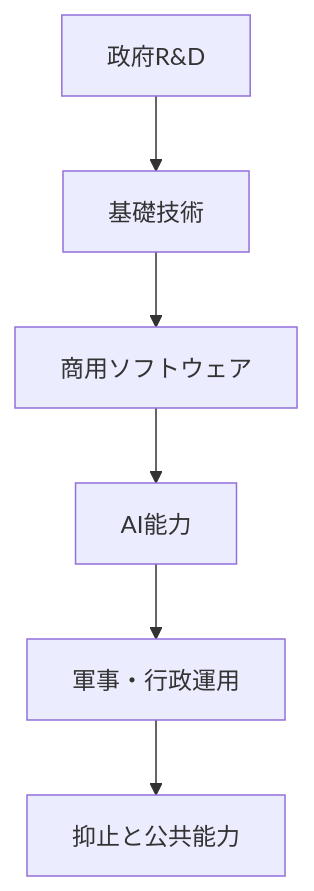
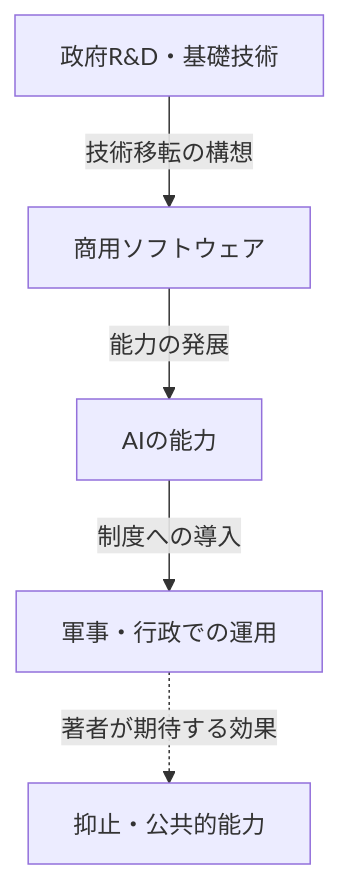
The second of 2 diagrams in articles/report/technological-republic-palantir/ja/index.mdx (daylight55/research), drawn with Mermaid before and after one commit. The commit also changed other lines of this file and 181 other files, not shown here.

First line of the commit message:
全記事の図解368点を再生成し、共通注意書きを削除 (#402)

````diff
--- a/articles/report/technological-republic-palantir/ja/index.mdx
+++ b/articles/report/technological-republic-palantir/ja/index.mdx
@@ -98,8 +104,14 @@
 ```mermaid
 flowchart TD
-  A["政府R&D"] --> B["基礎技術"]
-  B --> C["商用ソフトウェア"]
-  C --> D["AI能力"]
-  D --> E["軍事・行政運用"]
-  E --> F["抑止と公共能力"]
+  accTitle: 政府研究から公共的運用へ至る著者の構想
+  accDescr: 政府R&D、基礎技術、商用ソフトウェア、AI運用を結ぶ構想であり、効果が自動的に実現する因果の証明ではない。
+  N0["政府R&D・基礎技術"]
+  N1["商用ソフトウェア"]
+  N2["AIの能力"]
+  N3["軍事・行政での運用"]
+  N4["抑止・公共的能力"]
+  N0 -->|技術移転の構想| N1
+  N1 -->|能力の発展| N2
+  N2 -->|制度への導入| N3
+  N3 -.->|著者が期待する効果| N4
 ```
````
